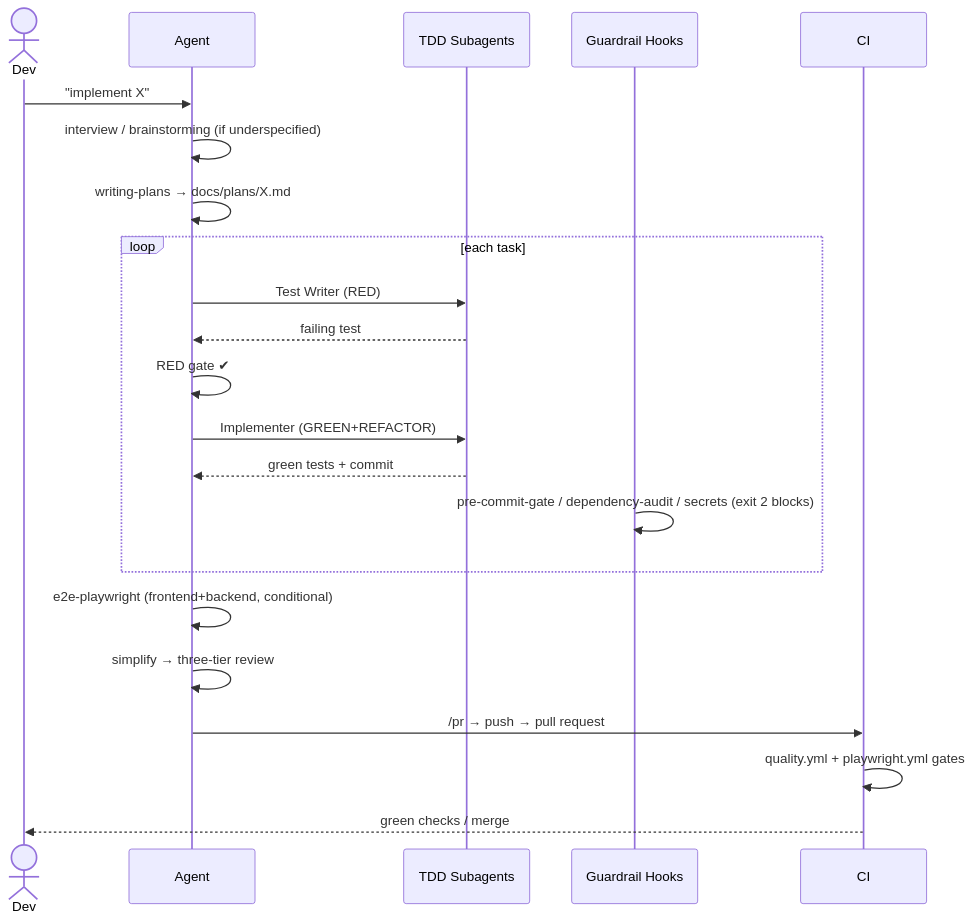
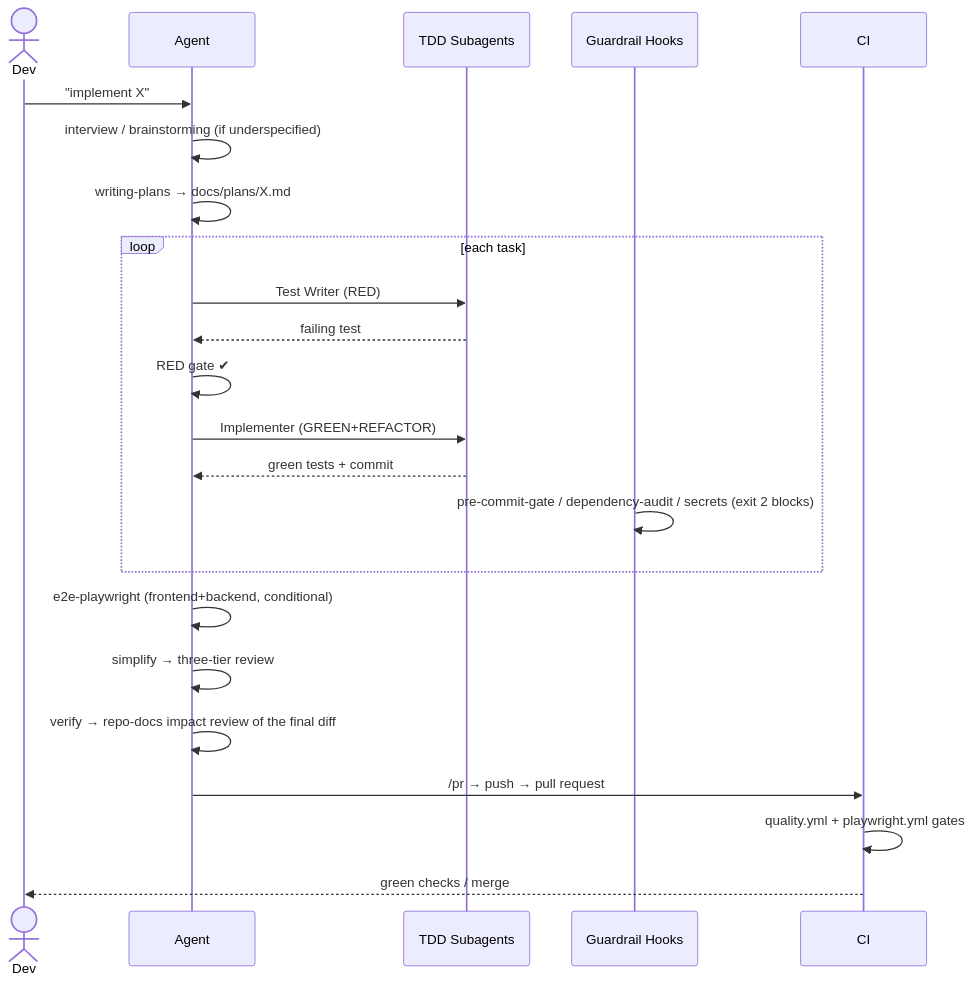
The first of 7 diagrams in docs/WORKFLOWS.md (tapway/tapway-superpowers), drawn with Mermaid before and after one commit. The commit also changed other lines of this file and 23 other files, not shown here.

````diff
--- a/docs/WORKFLOWS.md
+++ b/docs/WORKFLOWS.md
@@ -11,25 +11,26 @@
 ```mermaid
 sequenceDiagram
   actor Dev
   participant Agent
   participant Subagents as TDD Subagents
   participant Hooks as Guardrail Hooks
   participant CI
 
   Dev->>Agent: "implement X"
   Agent->>Agent: interview / brainstorming (if underspecified)
   Agent->>Agent: writing-plans → docs/plans/X.md
   loop each task
     Agent->>Subagents: Test Writer (RED)
     Subagents-->>Agent: failing test
     Agent->>Agent: RED gate ✔
     Agent->>Subagents: Implementer (GREEN+REFACTOR)
     Subagents-->>Agent: green tests + commit
     Hooks->>Hooks: pre-commit-gate / dependency-audit / secrets (exit 2 blocks)
   end
   Agent->>Agent: e2e-playwright (frontend+backend, conditional)
   Agent->>Agent: simplify → three-tier review
+  Agent->>Agent: verify → repo-docs impact review of the final diff
   Agent->>CI: /pr → push → pull request
   CI->>CI: quality.yml + playwright.yml gates
   CI-->>Dev: green checks / merge
 ```
````
